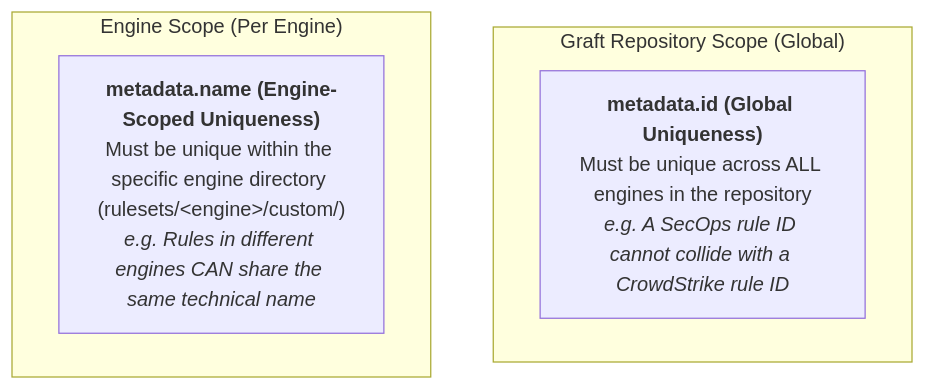
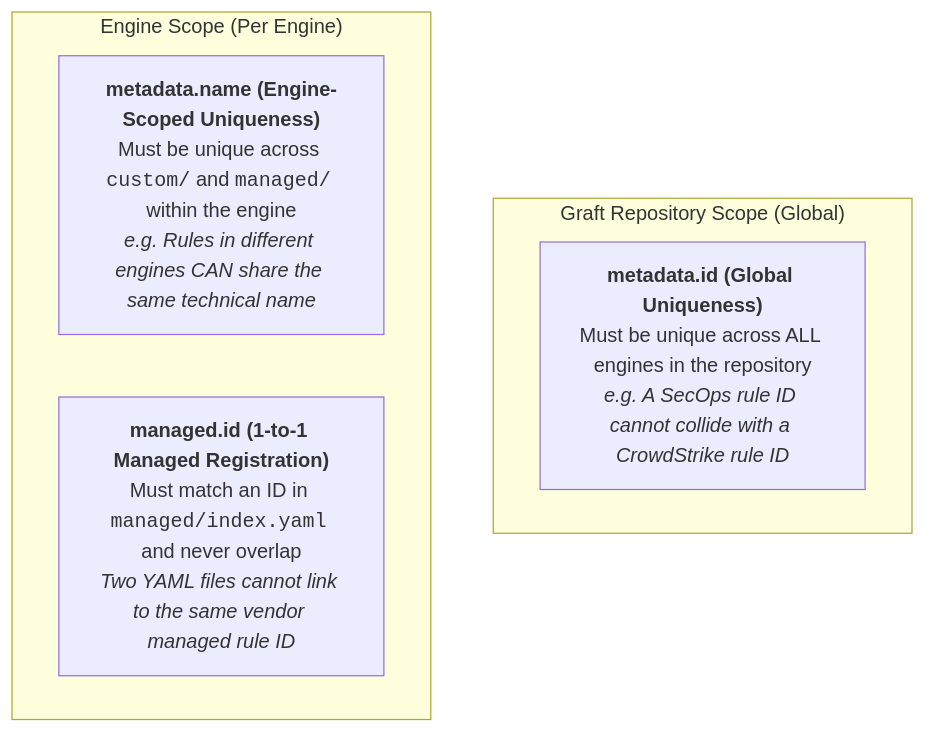
Before and after one commit to lopes/graft: the second of 3 diagrams in docs/analysts/rule_authoring.md, drawn with Mermaid. The commit also changed other lines of this file and 51 other files, not shown here.

First line of the commit message:
managed rule registration (#22)

````diff
--- a/docs/analysts/rule_authoring.md
+++ b/docs/analysts/rule_authoring.md
@@ -89,10 +89,11 @@
 ```mermaid
 flowchart TD
     subgraph RepoScope["Graft Repository Scope (Global)"]
         ID["<b>metadata.id (Global Uniqueness)</b><br/>Must be unique across ALL engines in the repository<br/><i>e.g. A SecOps rule ID cannot collide with a CrowdStrike rule ID</i>"]
     end
 
     subgraph EngineScope["Engine Scope (Per Engine)"]
-        NAME["<b>metadata.name (Engine-Scoped Uniqueness)</b><br/>Must be unique within the specific engine directory (rulesets/&lt;engine&gt;/custom/)<br/><i>e.g. Rules in different engines CAN share the same technical name</i>"]
+        NAME["<b>metadata.name (Engine-Scoped Uniqueness)</b><br/>Must be unique across <code>custom/</code> and <code>managed/</code> within the engine<br/><i>e.g. Rules in different engines CAN share the same technical name</i>"]
+        MAN_ID["<b>managed.id (1-to-1 Managed Registration)</b><br/>Must match an ID in <code>managed/index.yaml</code> and never overlap<br/><i>Two YAML files cannot link to the same vendor managed rule ID</i>"]
     end
 ```
````
